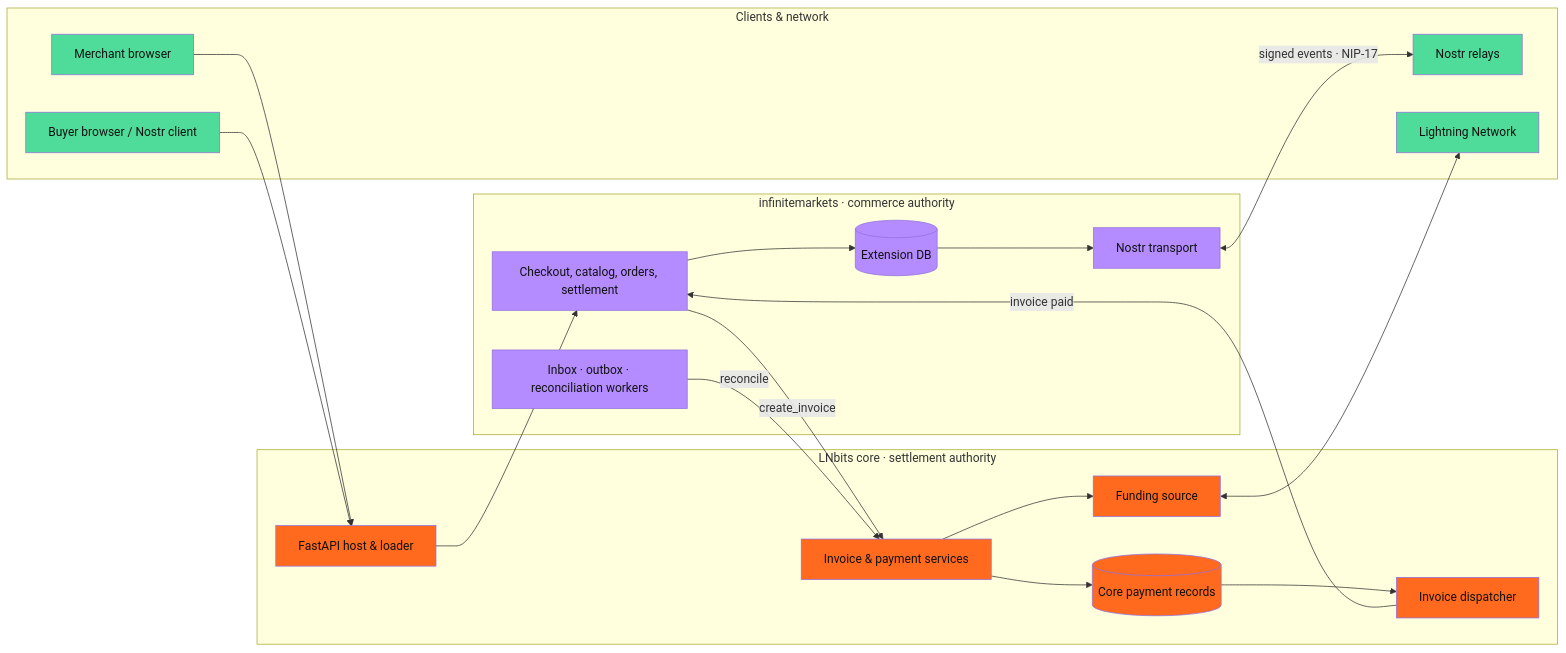
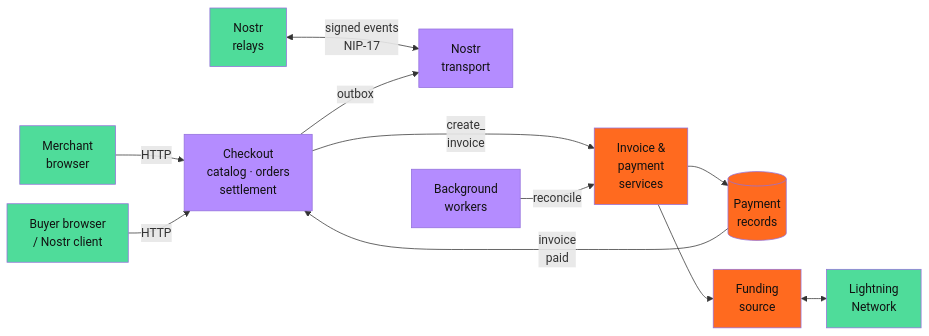
The second of 4 diagrams in docs/viewer/slides/deck.md (bitkarrot/infinitemarkets), drawn with Mermaid before and after one commit. The commit also changed other lines of this file and 6 other files, not shown here.

First line of the commit message:
Make the ownership and publish diagrams readable on slides and overview

````diff
--- a/docs/viewer/slides/deck.md
+++ b/docs/viewer/slides/deck.md
@@ -187,42 +187,31 @@
 ```mermaid
+%%{init: {"flowchart": {"rankSpacing": 34, "nodeSpacing": 26}}}%%
 flowchart LR
-    subgraph Clients["Clients & network"]
-        M[Merchant browser]
-        B[Buyer browser / Nostr client]
-        R[Nostr relays]
-        L[Lightning Network]
-    end
-    subgraph Core["LNbits core · settlement authority"]
-        H[FastAPI host & loader]
-        I[Invoice & payment services]
-        P[(Core payment records)]
-        F[Funding source]
-        T[Invoice dispatcher]
-    end
-    subgraph Ext["infinitemarkets · commerce authority"]
-        S[Checkout, catalog, orders, settlement]
-        W[Inbox · outbox · reconciliation workers]
-        D[(Extension DB)]
-        X[Nostr transport]
-    end
-    M --> H
-    B --> H
-    H --> S
-    S --> D
-    S -->|create_invoice| I
+    M["Merchant<br/>browser"]
+    B["Buyer browser<br/>/ Nostr client"]
+    R["Nostr<br/>relays"]
+    S["Checkout<br/>catalog · orders<br/>settlement"]
+    X["Nostr<br/>transport"]
+    W["Background<br/>workers"]
+    I["Invoice &<br/>payment<br/>services"]
+    P[("Payment<br/>records")]
+    F["Funding<br/>source"]
+    L["Lightning<br/>Network"]
+    M -->|HTTP| S
+    B -->|HTTP| S
+    R <-->|"signed events<br/>NIP-17"| X
+    S -->|outbox| X
+    S ~~~ W
+    S -->|create_<br/>invoice| I
+    W -->|reconcile| I
     I --> P
+    P -->|invoice<br/>paid| S
     I --> F
     F <--> L
-    P --> T
-    T -->|invoice paid| S
-    W -->|reconcile| I
-    D --> X
-    X <-->|signed events · NIP-17| R
     classDef client fill:#4fdc9a,color:#111111
     classDef core fill:#ff6a1f,color:#111111
     classDef ext fill:#b48cff,color:#111111
     class M,B,R,L client
-    class H,I,P,F,T core
-    class S,W,D,X ext
-    %% nudge: create_invoice 60 0
+    class I,P,F core
+    class S,W,X ext
 ```
````
